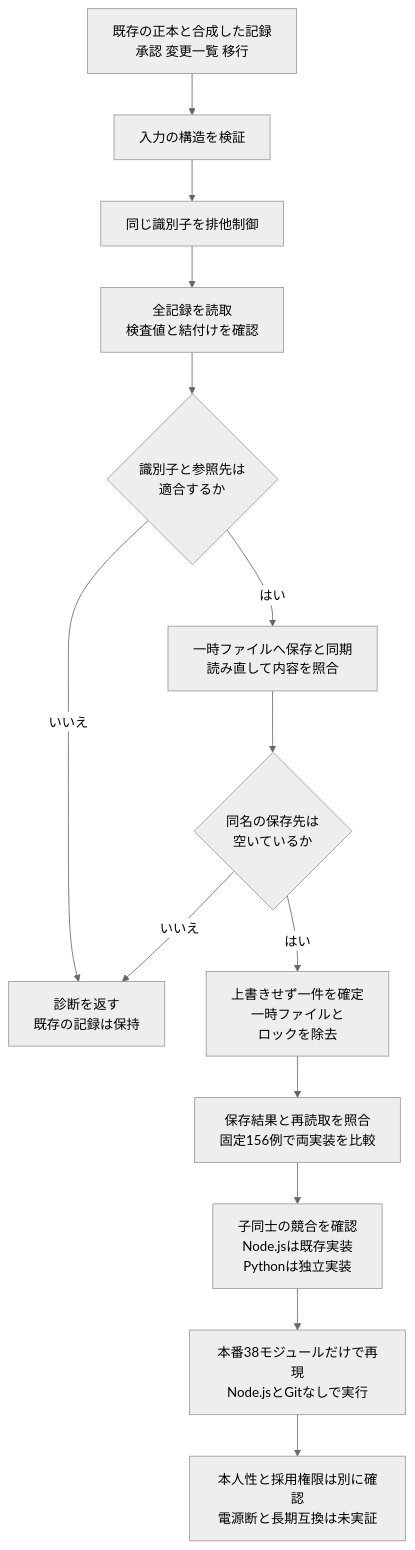
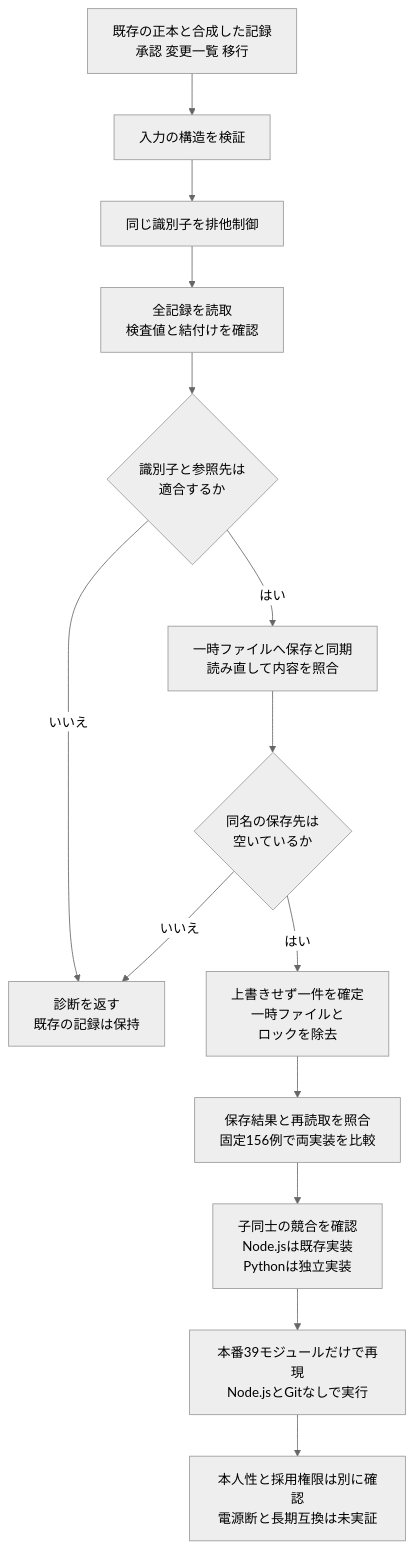
The diagram in docs/diagrams/python-ledger-store.mmd (koukemo/morivyx), drawn with Mermaid (neutral theme) before and after one commit. The commit also changed 19 other files, not shown here.

```diff
--- a/docs/diagrams/python-ledger-store.mmd
+++ b/docs/diagrams/python-ledger-store.mmd
@@ -1,14 +1,14 @@
 flowchart TD
   A[既存の正本と合成した記録<br/>承認 変更一覧 移行] --> B[入力の構造を検証]
   B --> C[同じ識別子を排他制御]
   C --> D[全記録を読取<br/>検査値と結付けを確認]
   D --> E{識別子と参照先は<br/>適合するか}
   E -->|いいえ| F[診断を返す<br/>既存の記録は保持]
   E -->|はい| G[一時ファイルへ保存と同期<br/>読み直して内容を照合]
   G --> H{同名の保存先は<br/>空いているか}
   H -->|いいえ| F
   H -->|はい| I[上書きせず一件を確定<br/>一時ファイルと<br/>ロックを除去]
   I --> J[保存結果と再読取を照合<br/>固定156例で両実装を比較]
   J --> K[子同士の競合を確認<br/>Node.jsは既存実装<br/>Pythonは独立実装]
-  K --> L[本番38モジュールだけで再現<br/>Node.jsとGitなしで実行]
+  K --> L[本番39モジュールだけで再現<br/>Node.jsとGitなしで実行]
   L --> M[本人性と採用権限は別に確認<br/>電源断と長期互換は未実証]
```
